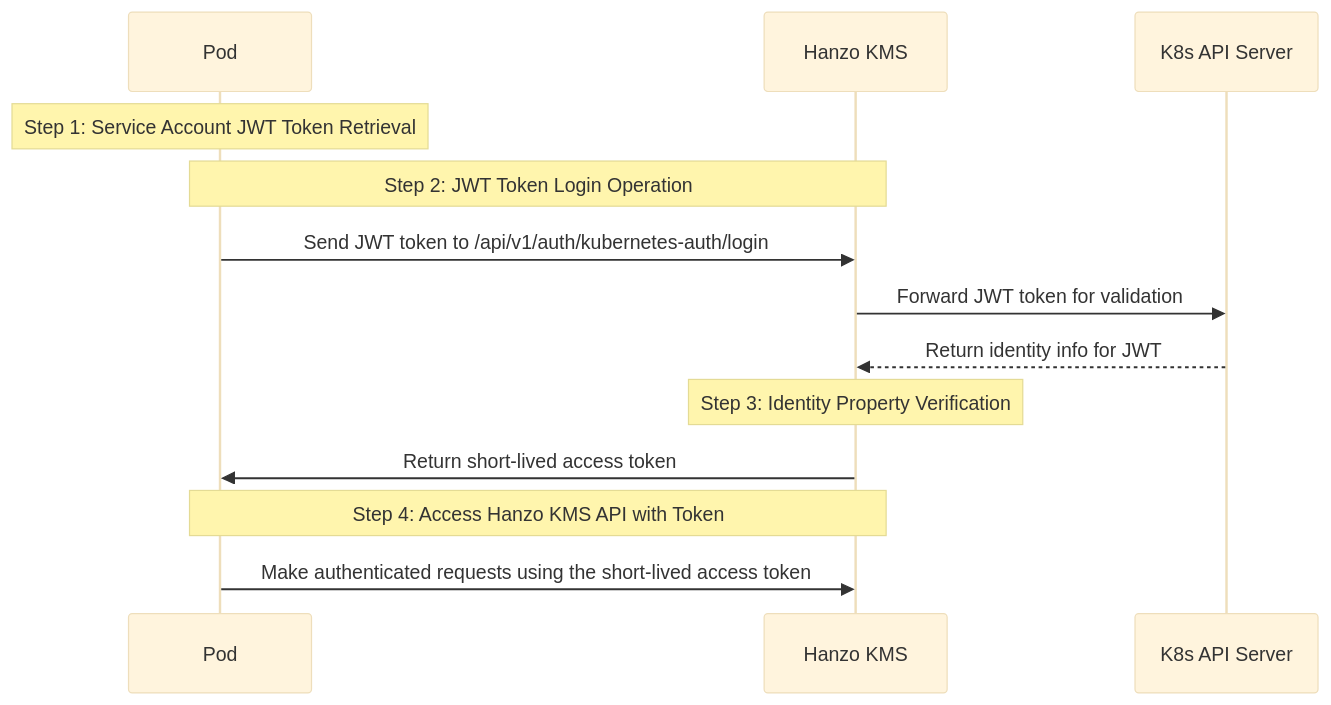
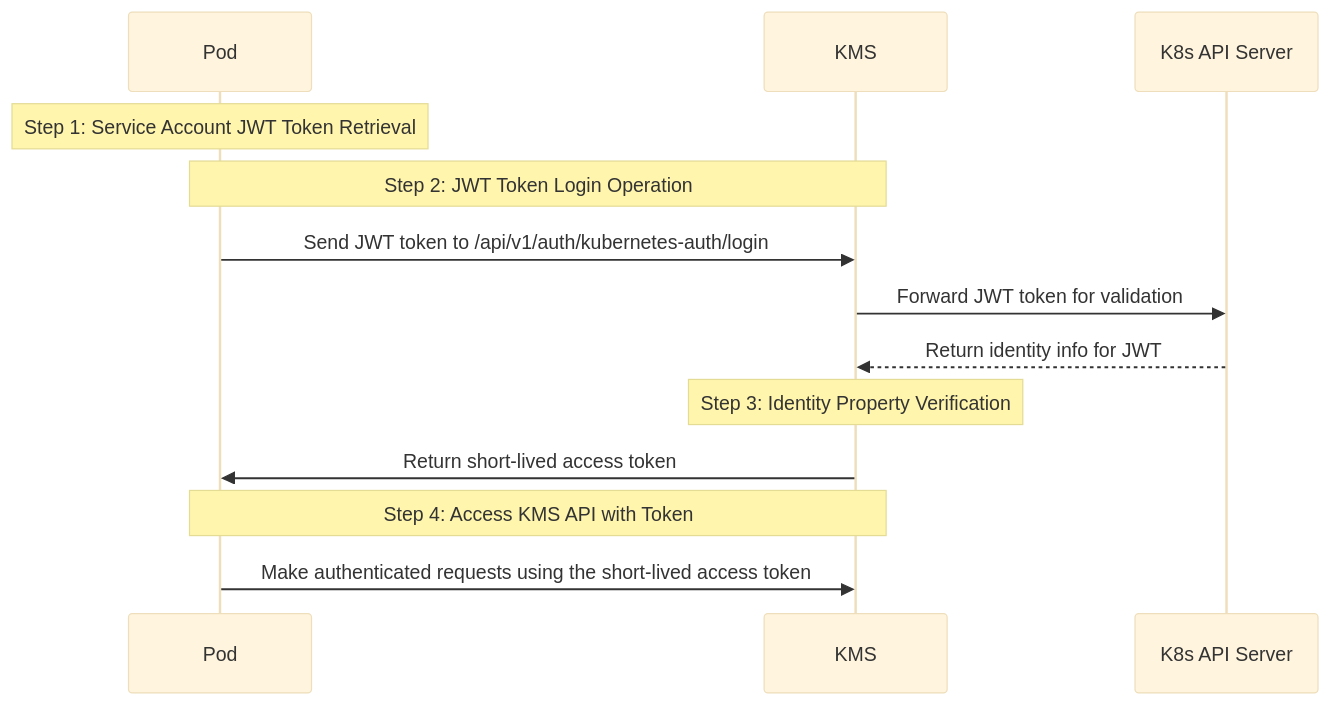
The diagram in docs/documentation/platform/identities/kubernetes-auth.mdx (hanzoai/kms), drawn with Mermaid (base theme) before and after one commit. The commit also changed other lines of this file and 855 other files, not shown here.

````diff
--- a/docs/documentation/platform/identities/kubernetes-auth.mdx
+++ b/docs/documentation/platform/identities/kubernetes-auth.mdx
@@ -12,19 +12,19 @@
 ```mermaid
 sequenceDiagram
   participant Pod as Pod
-  participant Infis as Hanzo KMS
+  participant Infis as KMS
   participant KubernetesServer as K8s API Server
 
   Note over Pod: Step 1: Service Account JWT Token Retrieval
 
   Note over Pod,Infis: Step 2: JWT Token Login Operation
   Pod->>Infis: Send JWT token to /api/v1/auth/kubernetes-auth/login
   Infis->>KubernetesServer: Forward JWT token for validation
     KubernetesServer-->>Infis: Return identity info for JWT
 
   Note over Infis: Step 3: Identity Property Verification
   Infis->>Pod: Return short-lived access token
 
-  Note over Pod,Infis: Step 4: Access Hanzo KMS API with Token
+  Note over Pod,Infis: Step 4: Access KMS API with Token
   Pod->>Infis: Make authenticated requests using the short-lived access token
 ```
````
